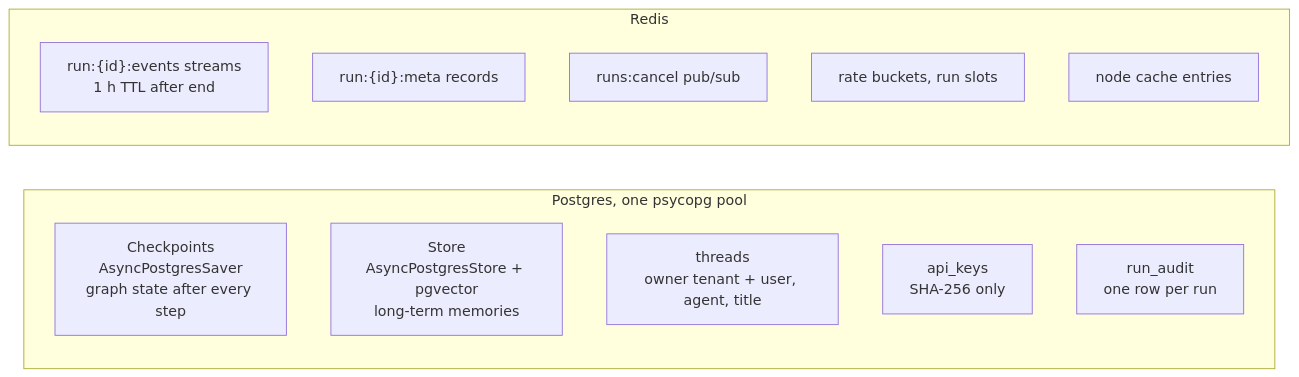
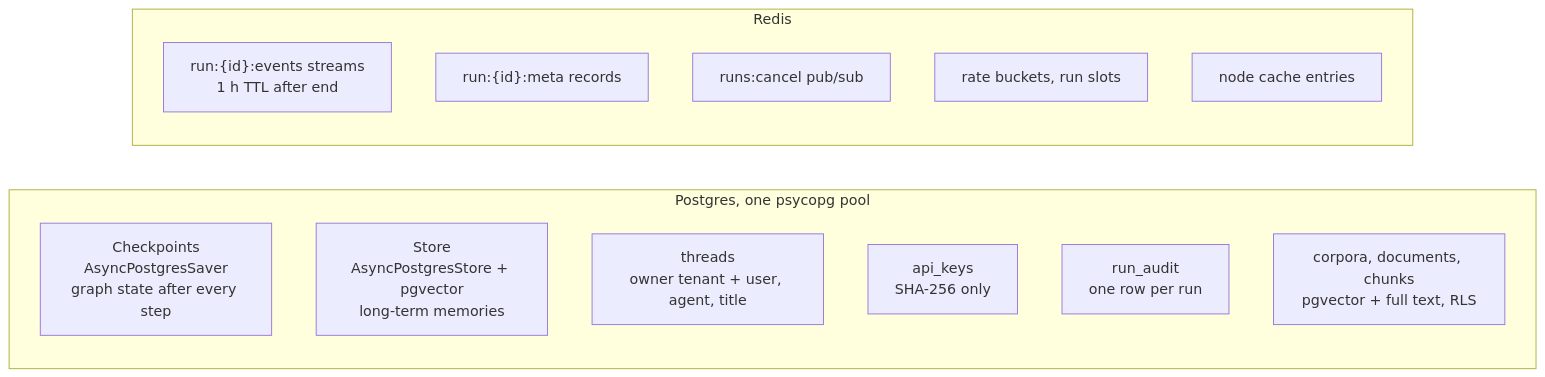
Before and after one commit to brentdunham/waypoint: the first of 4 diagrams in docs/guide/03-state-and-persistence.md, drawn with Mermaid. The commit also changed other lines of this file and 7 other files, not shown here.

````diff
--- a/docs/guide/03-state-and-persistence.md
+++ b/docs/guide/03-state-and-persistence.md
@@ -9,17 +9,18 @@
 ```mermaid
 flowchart LR
     subgraph pg[Postgres, one psycopg pool]
         ck[Checkpoints<br/>AsyncPostgresSaver<br/>graph state after every step]
         st[Store<br/>AsyncPostgresStore + pgvector<br/>long-term memories]
         th[threads<br/>owner tenant + user, agent, title]
         ak[api_keys<br/>SHA-256 only]
         au[run_audit<br/>one row per run]
+        rg[corpora, documents, chunks<br/>pgvector + full text, RLS]
     end
     subgraph rd[Redis]
         ev["run:{id}:events streams<br/>1 h TTL after end"]
         meta["run:{id}:meta records"]
         cancel[runs:cancel pub/sub]
         lim[rate buckets, run slots]
         nc[node cache entries]
     end
 ```
````
